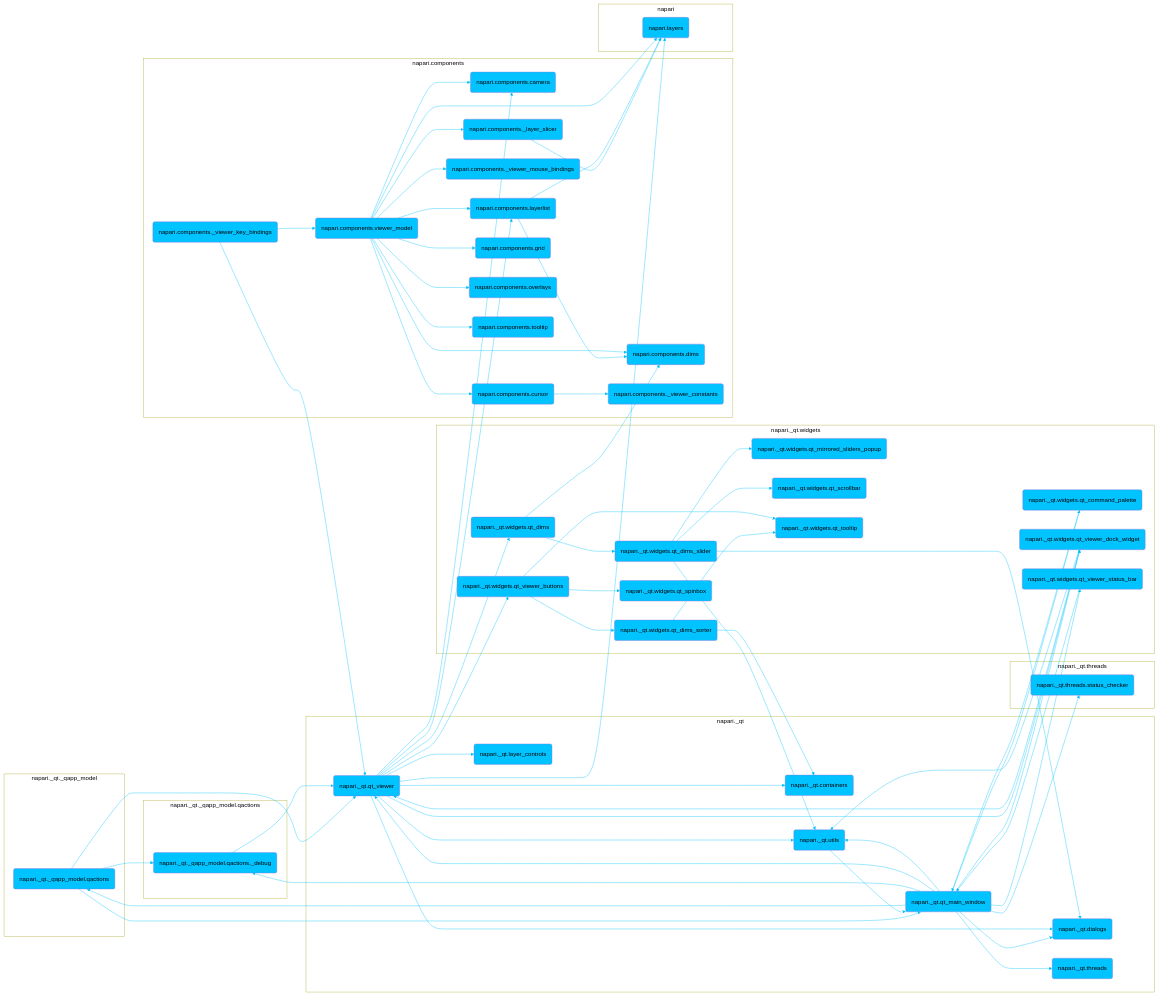
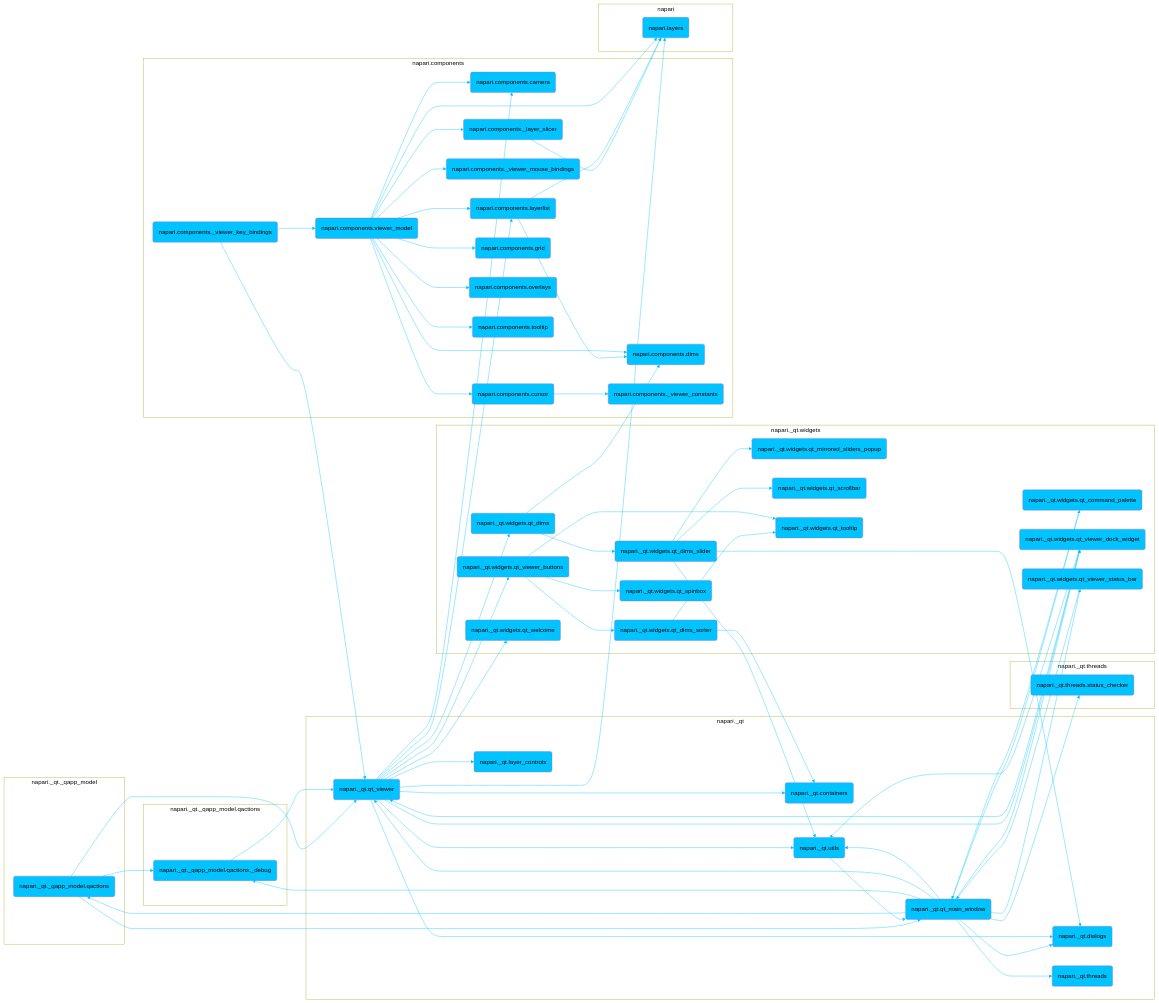
The diagram in dev/_sources/developers/architecture/ui_sections/viewer_ui.md (napari/napari.github.io), drawn with Mermaid before and after one commit. The commit also changed other lines of this file and 804 other files, not shown here.

```diff
--- a/dev/_sources/developers/architecture/ui_sections/viewer_ui.md
+++ b/dev/_sources/developers/architecture/ui_sections/viewer_ui.md
@@ -38,6 +38,7 @@
 	napari._qt.qt_viewer --> napari._qt.widgets.qt_dims
 	napari._qt.qt_viewer --> napari._qt.widgets.qt_viewer_buttons
 	napari._qt.qt_viewer --> napari._qt.widgets.qt_viewer_dock_widget
+	napari._qt.qt_viewer --> napari._qt.widgets.qt_welcome
 	napari._qt.qt_viewer --> napari.components.camera
 	napari._qt.qt_viewer --> napari.components.layerlist
 	napari._qt.qt_viewer --> napari.layers
@@ -86,6 +87,8 @@
 	napari._qt.widgets.qt_viewer_status_bar(napari._qt.widgets.qt_viewer_status_bar)
 	napari._qt.widgets.qt_viewer_status_bar --> napari._qt.qt_main_window
 	click napari._qt.widgets.qt_viewer_status_bar "https://github.com/napari/napari/tree/main/napari/_qt/widgets/qt_viewer_status_bar.py" _blank
+	napari._qt.widgets.qt_welcome(napari._qt.widgets.qt_welcome)
+	click napari._qt.widgets.qt_welcome "https://github.com/napari/napari/tree/main/napari/_qt/widgets/qt_welcome.py" _blank
 	napari.components._layer_slicer(napari.components._layer_slicer)
 	napari.components._layer_slicer --> napari.layers
 	click napari.components._layer_slicer "https://github.com/napari/napari/tree/main/napari/components/_layer_slicer.py" _blank
@@ -162,6 +165,7 @@
 		 napari._qt.widgets.qt_viewer_buttons
 		 napari._qt.widgets.qt_viewer_dock_widget
 		 napari._qt.widgets.qt_viewer_status_bar
+		 napari._qt.widgets.qt_welcome
 	end
 	class module.napari._qt.widgets subgraphs
 	subgraph module.napari.components[napari.components]
```
